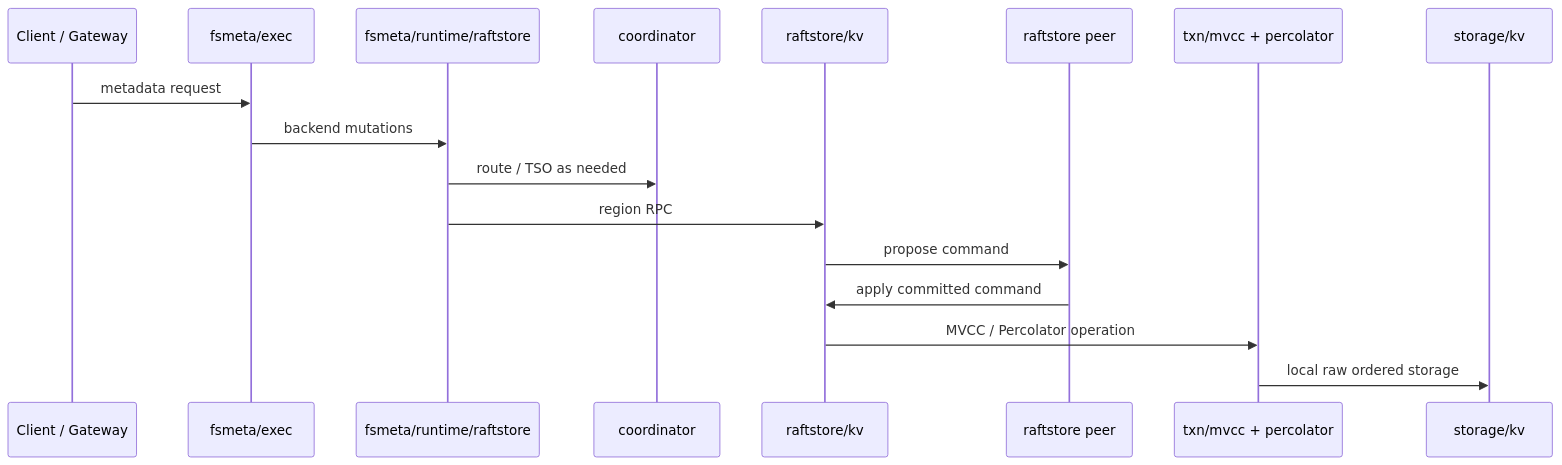
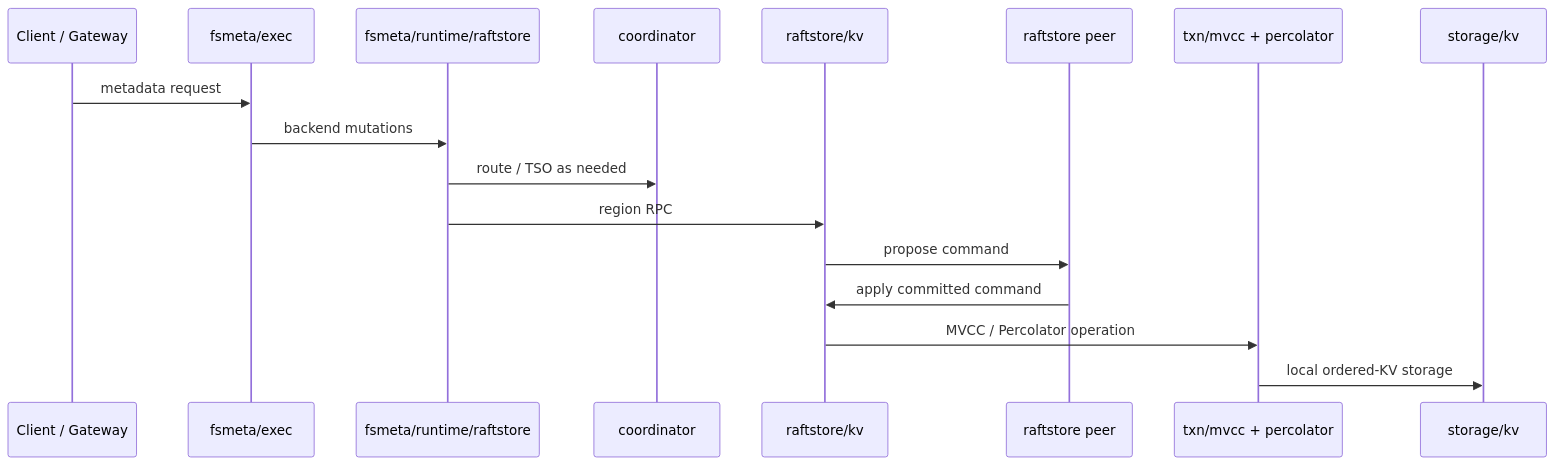
The second of 2 diagrams in docs/guide/runtime.md (NoKV-Lab/NoKV), drawn with Mermaid before and after one commit. The commit also changed other lines of this file and 59 other files, not shown here.

````diff
--- a/docs/guide/runtime.md
+++ b/docs/guide/runtime.md
@@ -43,20 +43,20 @@
 ```mermaid
 sequenceDiagram
     participant App as Client / Gateway
     participant Exec as fsmeta/exec
     participant Adapter as fsmeta/runtime/raftstore
     participant Coord as coordinator
     participant Store as raftstore/kv
     participant Raft as raftstore peer
     participant Txn as txn/mvcc + percolator
-    participant Raw as storage/kv
+    participant KV as storage/kv
 
     App->>Exec: metadata request
     Exec->>Adapter: backend mutations
     Adapter->>Coord: route / TSO as needed
     Adapter->>Store: region RPC
     Store->>Raft: propose command
     Raft->>Store: apply committed command
     Store->>Txn: MVCC / Percolator operation
-    Txn->>Raw: local raw ordered storage
+    Txn->>KV: local ordered-KV storage
 ```
````
